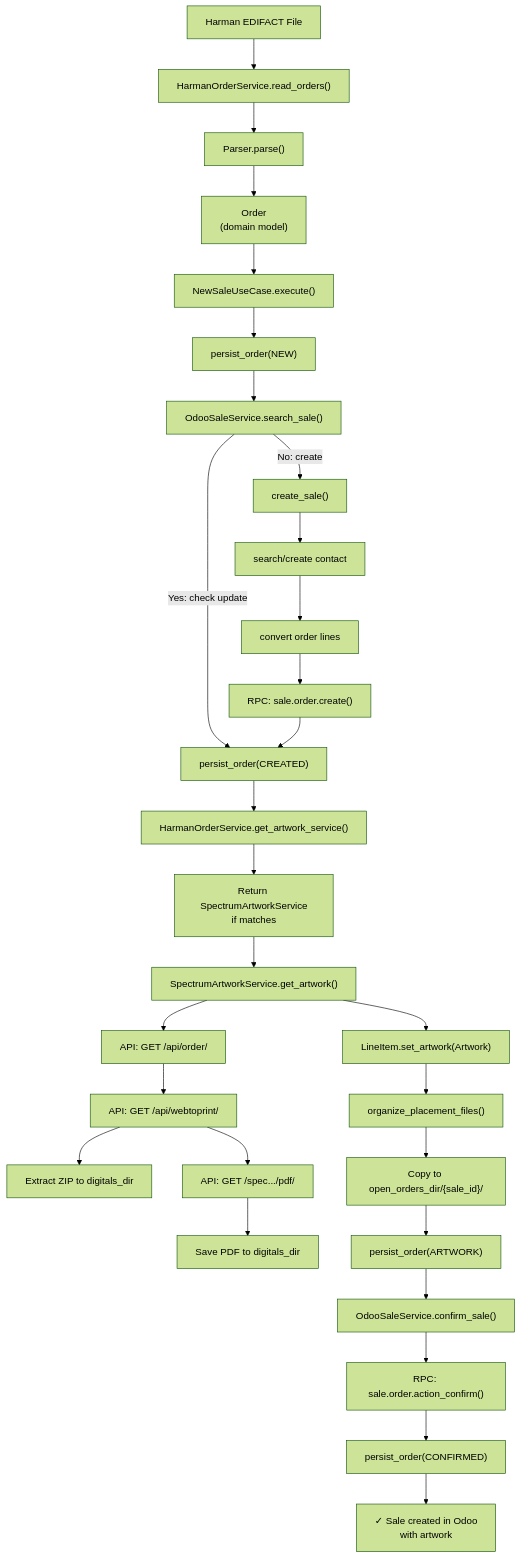
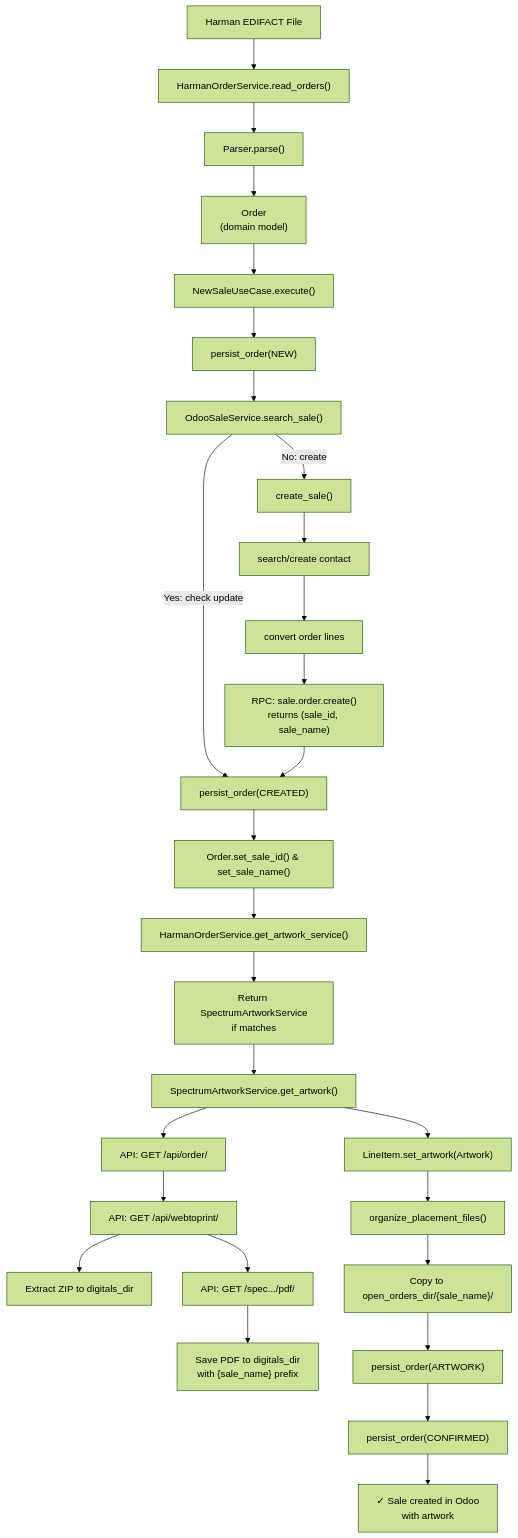
One commit to itdeonet/external_order changed the second of 7 diagrams in ARCHITECTURE_DIAGRAMS.md. Above: the diagram before and after it, drawn with Mermaid (forest theme). The commit also changed other lines of this file and 3 other files, not shown here.

Commit message:
Update API specifications and architecture diagrams: change sale state to "sale", return tuple of (sale_id, sale_name), and remove confirm step in sale creation process.

````diff
--- a/ARCHITECTURE_DIAGRAMS.md
+++ b/ARCHITECTURE_DIAGRAMS.md
@@ -44,67 +44,65 @@
 ```mermaid
 graph TD
     Start["Harman EDIFACT File"]
     Read["HarmanOrderService.read_orders()"]
     Parse["Parser.parse()"]
     Order["Order<br/>(domain model)"]
     
     NewSale["NewSaleUseCase.execute()"]
     Persist1["persist_order(NEW)"]
     Search["OdooSaleService.search_sale()"]
     
     Create["create_sale()"]
     Contact["search/create contact"]
     Convert["convert order lines"]
-    RPC1["RPC: sale.order.create()"]
+    RPC1["RPC: sale.order.create()<br/>returns (sale_id, sale_name)"]
     
     Persist2["persist_order(CREATED)"]
+    Persist2:set_sale_id_and_name["Order.set_sale_id() & set_sale_name()"]
     GetArt["HarmanOrderService.get_artwork_service()"]
     RetArt["Return SpectrumArtworkService<br/>if matches"]
     
     GetArtwork["SpectrumArtworkService.get_artwork()"]
     API1["API: GET /api/order/"]
     API2["API: GET /api/webtoprint/"]
     Extract["Extract ZIP to digitals_dir"]
     API3["API: GET /spec.../pdf/"]
-    SavePDF["Save PDF to digitals_dir"]
+    SavePDF["Save PDF to digitals_dir<br/>with {sale_name} prefix"]
     SetArt["LineItem.set_artwork(Artwork)"]
     
     Org["organize_placement_files()"]
-    Copy["Copy to open_orders_dir/{sale_id}/"]
+    Copy["Copy to open_orders_dir/{sale_name}/"]
     
     Persist3["persist_order(ARTWORK)"]
-    Confirm["OdooSaleService.confirm_sale()"]
-    RPC2["RPC: sale.order.action_confirm()"]
     Persist4["persist_order(CONFIRMED)"]
     
     Output["✓ Sale created in Odoo<br/>with artwork"]
     
     Start --> Read
     Read --> Parse
     Parse --> Order
     Order --> NewSale
     NewSale --> Persist1
     Persist1 --> Search
     Search -->|Yes: check update| Persist2
     Search -->|No: create| Create
     Create --> Contact
     Contact --> Convert
     Convert --> RPC1
     RPC1 --> Persist2
-    Persist2 --> GetArt
+    Persist2 --> Persist2:set_sale_id_and_name
+    Persist2:set_sale_id_and_name --> GetArt
     GetArt --> RetArt
     RetArt --> GetArtwork
     GetArtwork --> API1
     API1 --> API2
     API2 --> Extract
     API2 --> API3
     API3 --> SavePDF
     GetArtwork --> SetArt
     SetArt --> Org
     Org --> Copy
     Copy --> Persist3
-    Persist3 --> Confirm
-    Confirm --> RPC2
-    RPC2 --> Persist4
+    Persist3 --> Persist4
     Persist4 --> Output
 ```
````
